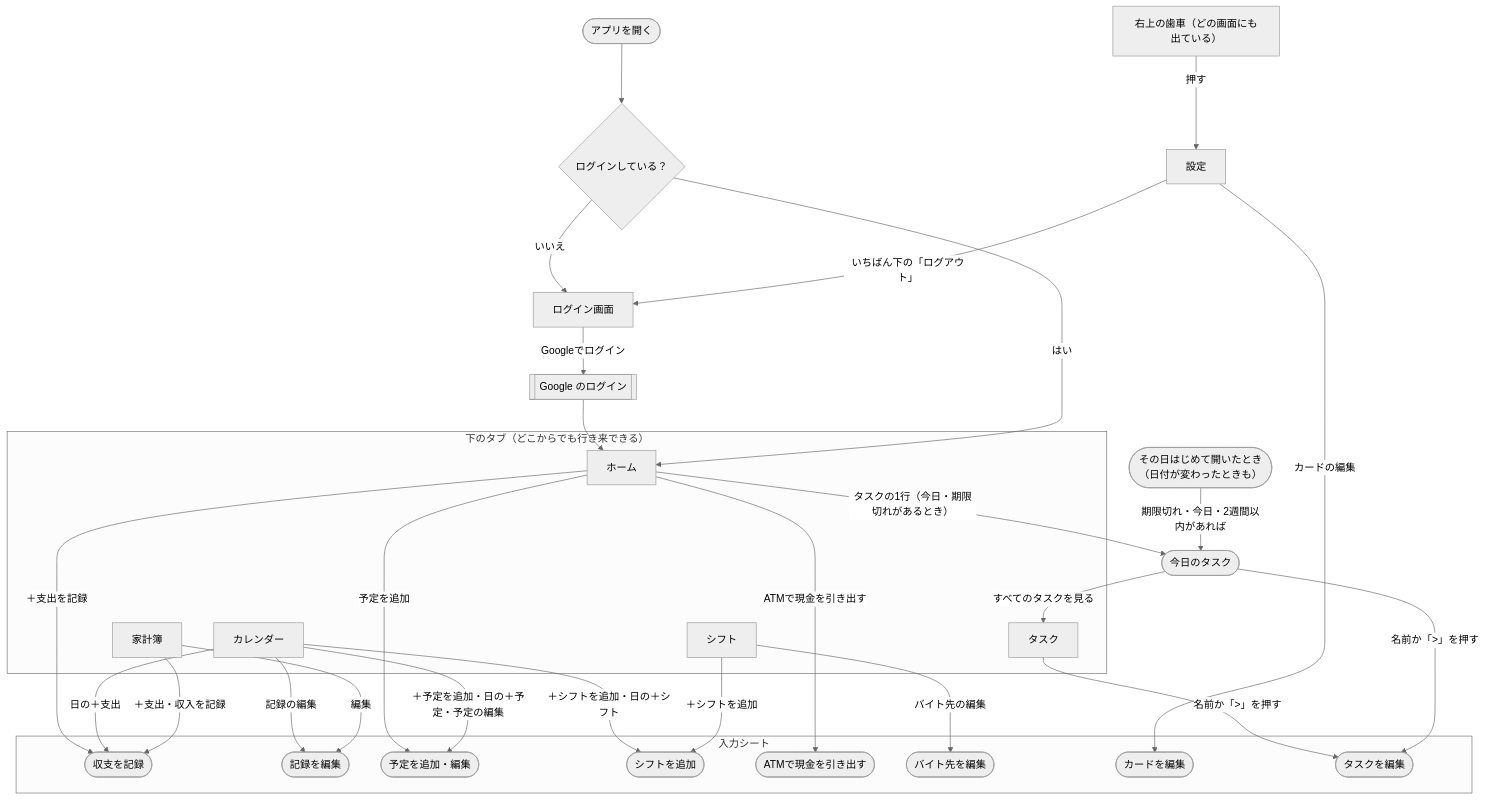
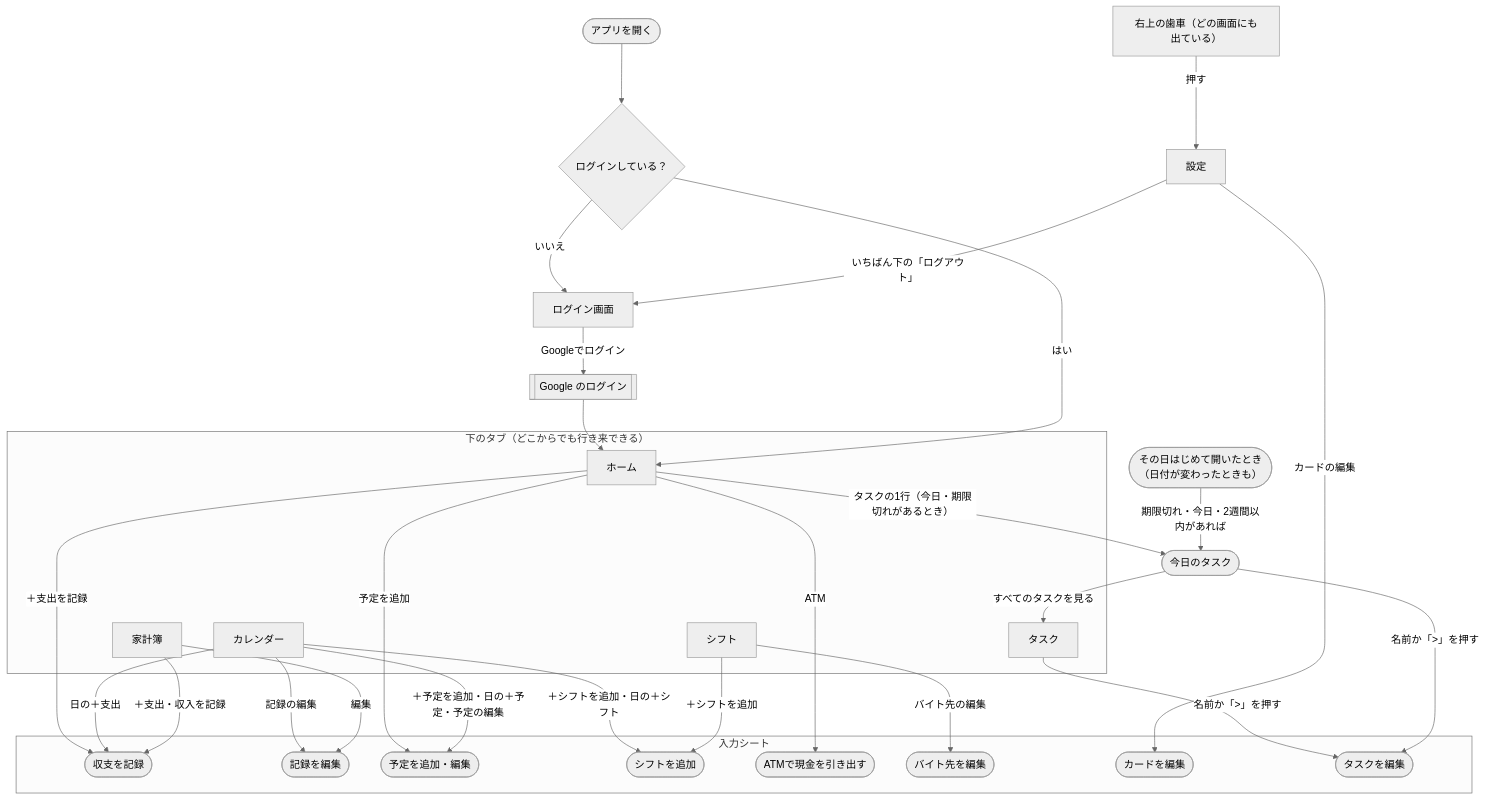
One commit to Keitaro0510/maney-app changed the first of 2 diagrams in docs/SCREENS.md. Above: the diagram before and after it, drawn with Mermaid (neutral theme). The commit also changed other lines of this file and 3 other files, not shown here.

````diff
--- a/docs/SCREENS.md
+++ b/docs/SCREENS.md
@@ -18,55 +18,55 @@
 ```mermaid
 flowchart TD
   start(["アプリを開く"]) --> auth{"ログインしている？"}
   auth -- "いいえ" --> login["ログイン画面"]
   login -- "Googleでログイン" --> google[["Google のログイン"]]
   google --> home
   auth -- "はい" --> home
 
   subgraph tabs["下のタブ（どこからでも行き来できる）"]
     home["ホーム"]
     cal["カレンダー"]
     ldg["家計簿"]
     shift["シフト"]
     task["タスク"]
   end
 
   start2(["その日はじめて開いたとき<br>（日付が変わったときも）"]) -- "期限切れ・今日・2週間以内があれば" --> sStartup(["今日のタスク"])
   sStartup -- "すべてのタスクを見る" --> task
 
   gear["右上の歯車（どの画面にも出ている）"] -- "押す" --> set["設定"]
 
   subgraph sheets["入力シート"]
     sLdg(["収支を記録"])
     sLde(["記録を編集"])
     sPlan(["予定を追加・編集"])
     sShift(["シフトを追加"])
     sAtm(["ATMで現金を引き出す"])
     sJob(["バイト先を編集"])
     sCard(["カードを編集"])
     sTask(["タスクを編集"])
   end
 
   home -- "＋支出を記録" --> sLdg
   home -- "予定を追加" --> sPlan
-  home -- "ATMで現金を引き出す" --> sAtm
+  home -- "ATM" --> sAtm
   home -- "タスクの1行（今日・期限切れがあるとき）" --> sStartup
 
   cal -- "＋シフトを追加・日の＋シフト" --> sShift
   cal -- "＋予定を追加・日の＋予定・予定の編集" --> sPlan
   cal -- "日の＋支出" --> sLdg
   cal -- "記録の編集" --> sLde
 
   ldg -- "＋支出・収入を記録" --> sLdg
   ldg -- "編集" --> sLde
 
   shift -- "＋シフトを追加" --> sShift
   shift -- "バイト先の編集" --> sJob
 
   task -- "名前か「>」を押す" --> sTask
   sStartup -- "名前か「>」を押す" --> sTask
 
   set -- "カードの編集" --> sCard
 
   set -- "いちばん下の「ログアウト」" --> login
 ```
````
